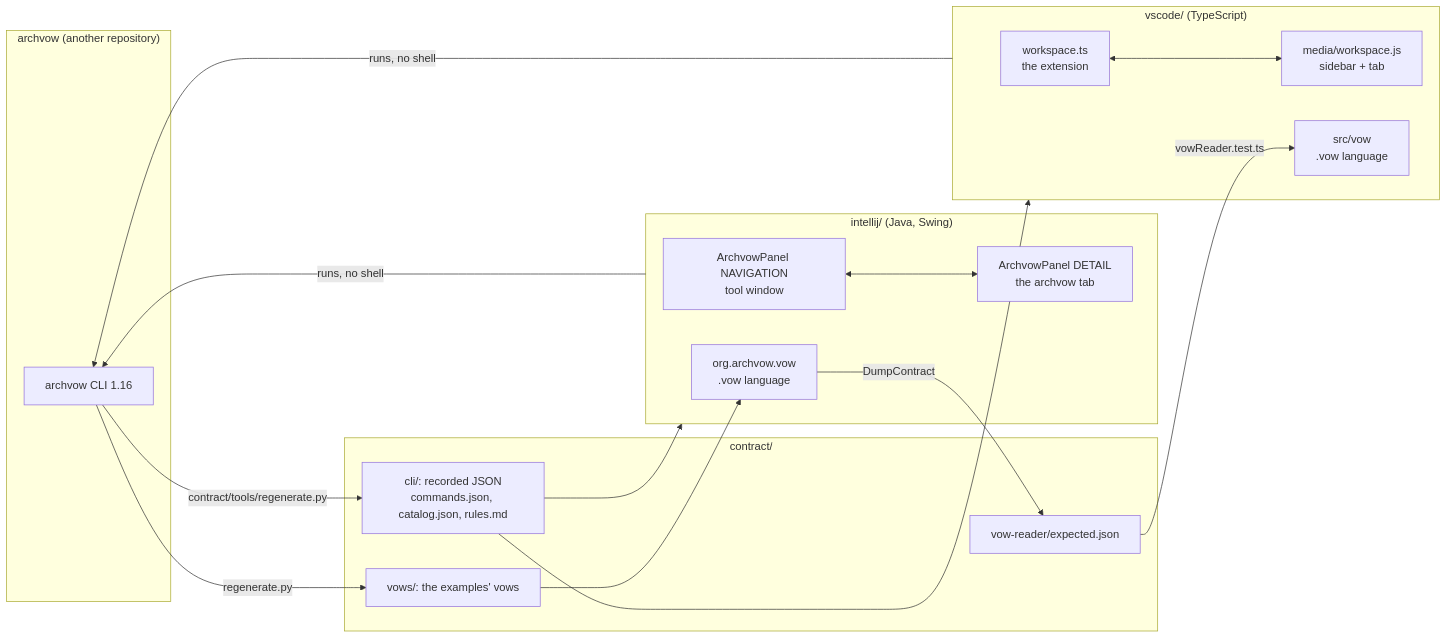
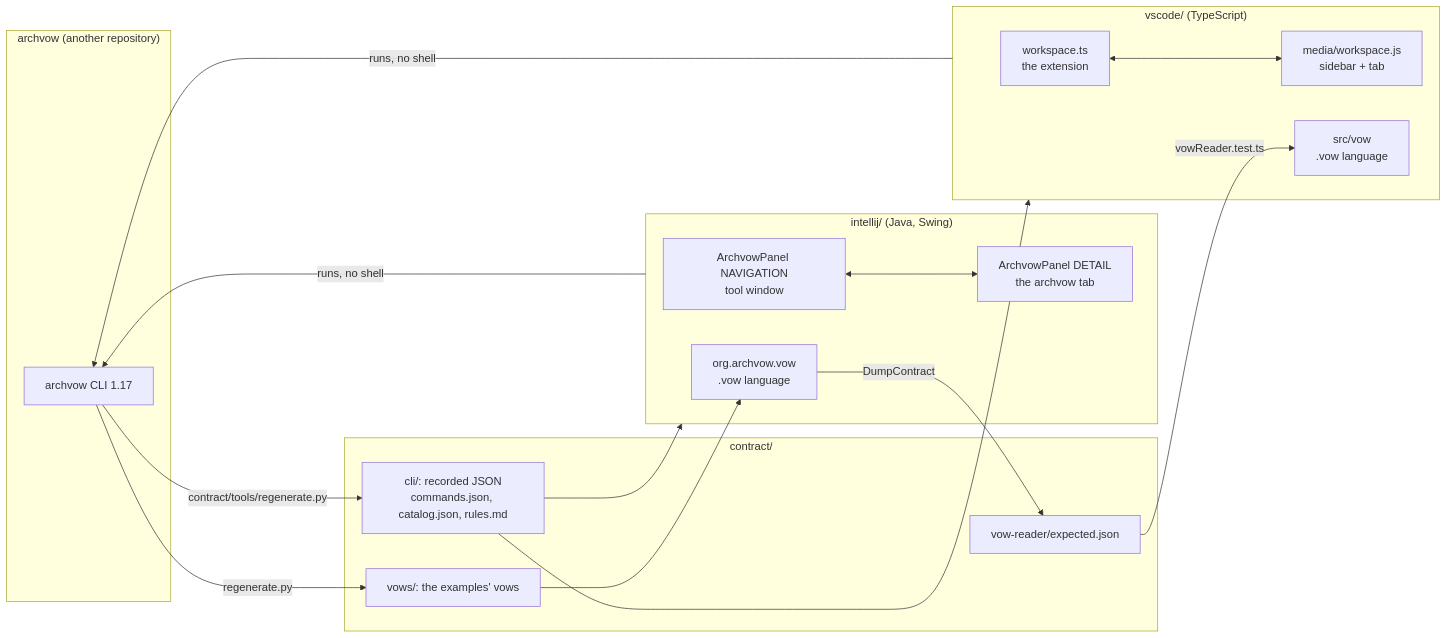
The diagram in wiki/en/home.md (archvow/archvow-plugin), drawn with Mermaid before and after one commit. The commit also changed other lines of this file and 76 other files, not shown here.

````diff
--- a/wiki/en/home.md
+++ b/wiki/en/home.md
@@ -52,32 +52,32 @@
 ```mermaid
 flowchart LR
   subgraph archvow["archvow (another repository)"]
-    CLI[archvow CLI 1.16]
+    CLI[archvow CLI 1.17]
   end
   subgraph contract["contract/"]
     REC[cli/: recorded JSON<br/>commands.json, catalog.json, rules.md]
     VOWS[vows/: the examples' vows]
     EXP[vow-reader/expected.json]
   end
   CLI -->|contract/tools/regenerate.py| REC
   CLI -->|regenerate.py| VOWS
   subgraph ij["intellij/ (Java, Swing)"]
     NAV[ArchvowPanel NAVIGATION<br/>tool window]
     DET[ArchvowPanel DETAIL<br/>the archvow tab]
     VOWJ[org.archvow.vow<br/>.vow language]
   end
   subgraph vs["vscode/ (TypeScript)"]
     WS[workspace.ts<br/>the extension]
     PAGE[media/workspace.js<br/>sidebar + tab]
     VOWT[src/vow<br/>.vow language]
   end
   REC --> ij
   REC --> vs
   VOWS --> VOWJ
   VOWJ -->|DumpContract| EXP
   EXP -->|vowReader.test.ts| VOWT
   NAV <--> DET
   WS <--> PAGE
   ij -->|runs, no shell| CLI
   vs -->|runs, no shell| CLI
 ```
````
